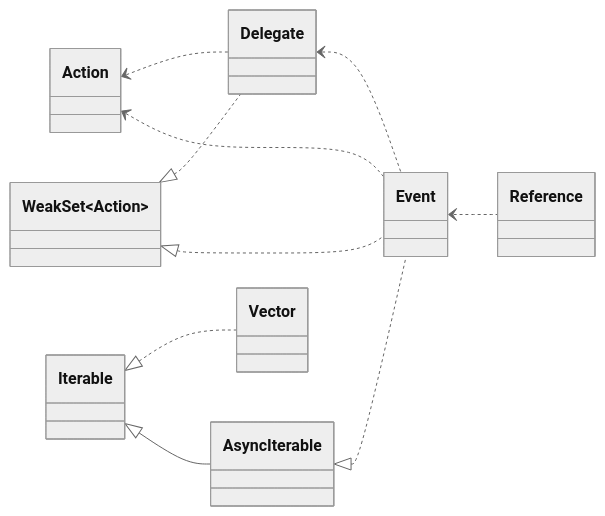
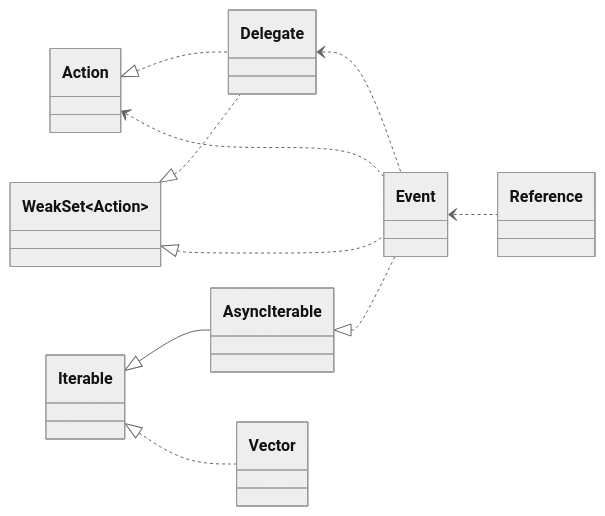
The fourth of 4 diagrams in README.md (domrally/peekeasy), drawn with Mermaid (neutral theme) before and after one commit.

````diff
--- a/README.md
+++ b/README.md
@@ -204,19 +204,19 @@
 ```mermaid
 classDiagram
     direction LR
-    Action <.. Delegate
+    Action <|.. Delegate
     Action <.. Event
     WeakSet~Action~ <|.. Delegate
     WeakSet~Action~ <|.. Event
     Delegate <.. Event
     AsyncIterable <|.. Event
     Event <.. Reference
+    Iterable <|-- AsyncIterable
     Iterable <|.. Vector
-    Iterable <|-- AsyncIterable
     class Delegate
     link Delegate "https://github.com/domrally/peekeasy/blob/main/src/delegate.ts" "delegate.ts"
     class Event
     link Event "https://github.com/domrally/peekeasy/blob/main/src/event.ts" "event.ts"
     class Vector
     link Vector "https://github.com/domrally/peekeasy/blob/main/src/vector.ts" "vector.ts"
 ```
````
